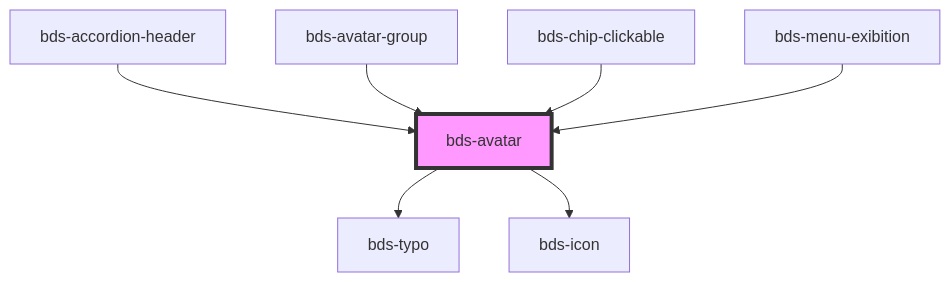
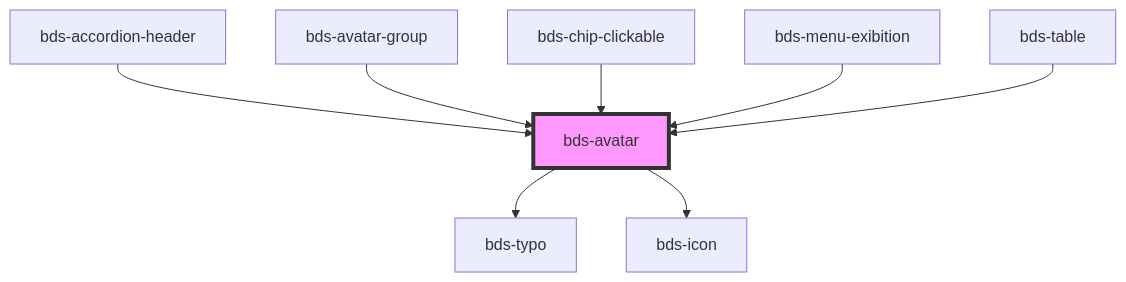
The diagram in src/components/avatar/readme.md (takenet/blip-ds), drawn with Mermaid before and after one commit. The commit also changed other lines of this file and 9 other files, not shown here.

````diff
--- a/src/components/avatar/readme.md
+++ b/src/components/avatar/readme.md
@@ -35,10 +36,11 @@
 ```mermaid
 graph TD;
   bds-avatar --> bds-typo
   bds-avatar --> bds-icon
   bds-accordion-header --> bds-avatar
   bds-avatar-group --> bds-avatar
   bds-chip-clickable --> bds-avatar
   bds-menu-exibition --> bds-avatar
+  bds-table --> bds-avatar
   style bds-avatar fill:#f9f,stroke:#333,stroke-width:4px
 ```
````
